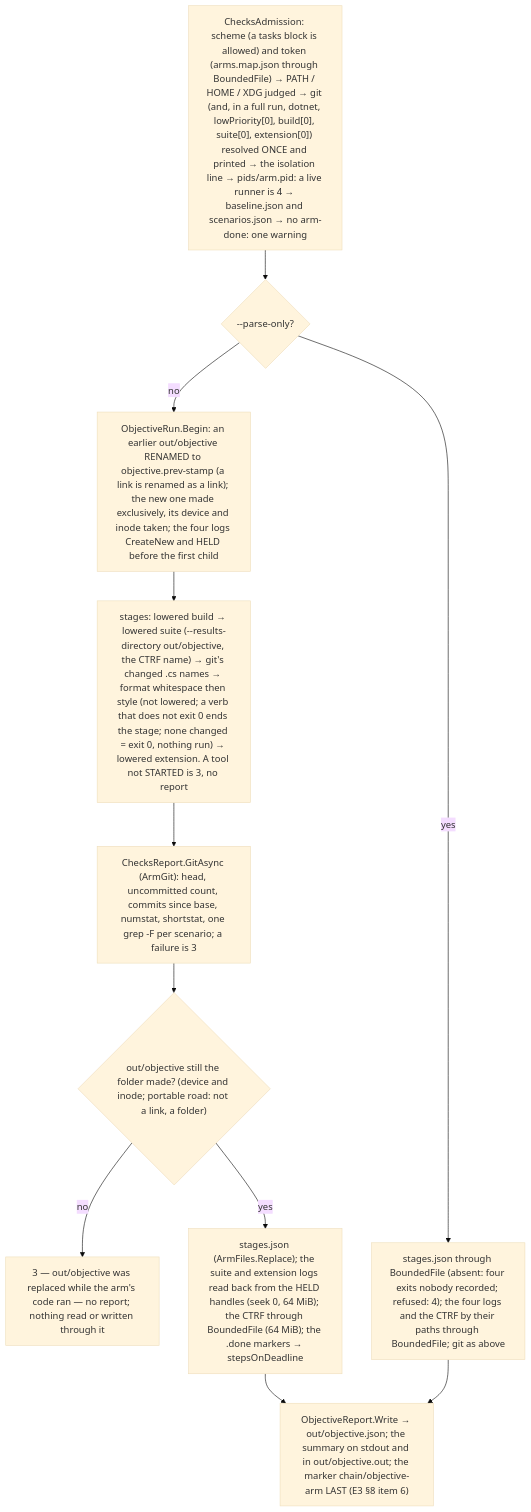
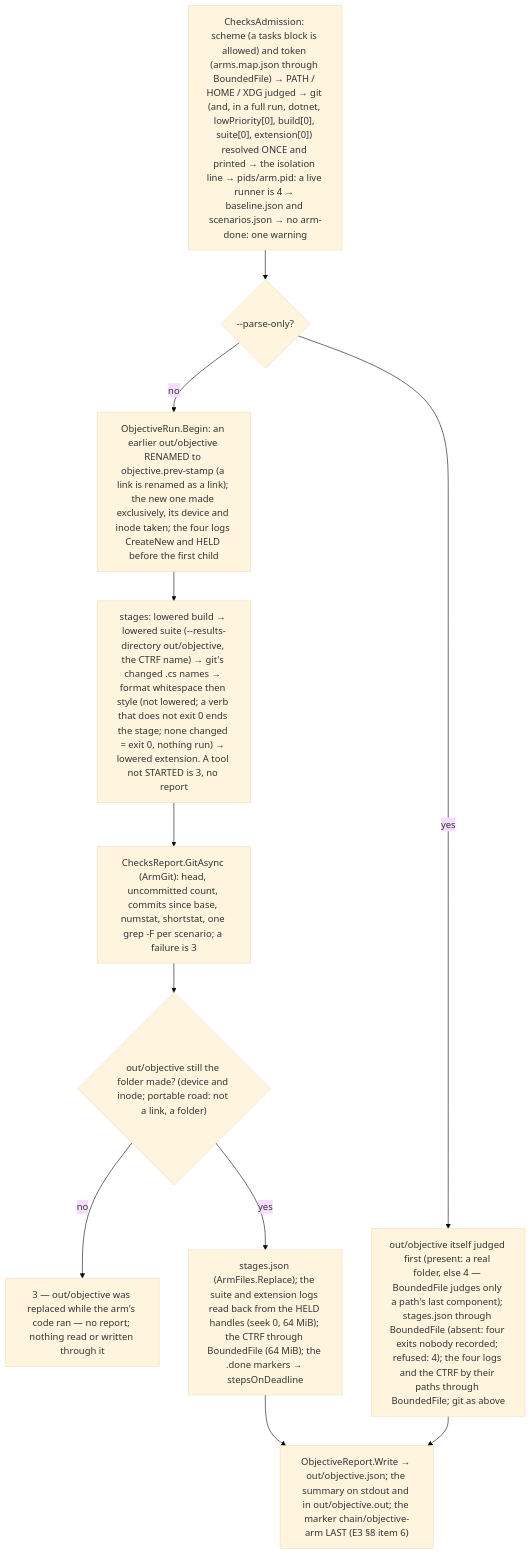
Before and after one commit to oleksandrdubyna88/dew_flow_benchmark: the seventh of 7 diagrams in research/module_model_arms.md, drawn with Mermaid (base theme). The commit also changed other lines of this file and 1 other file, not shown here.

````diff
--- a/research/module_model_arms.md
+++ b/research/module_model_arms.md
@@ -1783,13 +1783,13 @@
 ```mermaid
 flowchart TD
     A["ChecksAdmission: scheme (a tasks block is allowed) and token (arms.map.json through BoundedFile) → PATH / HOME / XDG judged → git (and, in a full run, dotnet, lowPriority[0], build[0], suite[0], extension[0]) resolved ONCE and printed → the isolation line → pids/arm.pid: a live runner is 4 → baseline.json and scenarios.json → no arm-done: one warning"] --> M{"--parse-only?"}
     M -- no --> B["ObjectiveRun.Begin: an earlier out/objective RENAMED to objective.prev-stamp (a link is renamed as a link); the new one made exclusively, its device and inode taken; the four logs CreateNew and HELD before the first child"]
     B --> S["stages: lowered build → lowered suite (--results-directory out/objective, the CTRF name) → git's changed .cs names → format whitespace then style (not lowered; a verb that does not exit 0 ends the stage; none changed = exit 0, nothing run) → lowered extension. A tool not STARTED is 3, no report"]
     S --> G["ChecksReport.GitAsync (ArmGit): head, uncommitted count, commits since base, numstat, shortstat, one grep -F per scenario; a failure is 3"]
     G --> I{"out/objective still the folder made? (device and inode; portable road: not a link, a folder)"}
     I -- no --> X["3 — out/objective was replaced while the arm's code ran — no report; nothing read or written through it"]
     I -- yes --> W["stages.json (ArmFiles.Replace); the suite and extension logs read back from the HELD handles (seek 0, 64 MiB); the CTRF through BoundedFile (64 MiB); the .done markers → stepsOnDeadline"]
-    M -- yes --> R["stages.json through BoundedFile (absent: four exits nobody recorded; refused: 4); the four logs and the CTRF by their paths through BoundedFile; git as above"]
+    M -- yes --> R["out/objective itself judged first (present: a real folder, else 4 — BoundedFile judges only a path's last component); stages.json through BoundedFile (absent: four exits nobody recorded; refused: 4); the four logs and the CTRF by their paths through BoundedFile; git as above"]
     W --> P["ObjectiveReport.Write → out/objective.json; the summary on stdout and in out/objective.out; the marker chain/objective-arm LAST (E3 §8 item 6)"]
     R --> P
 ```
````
